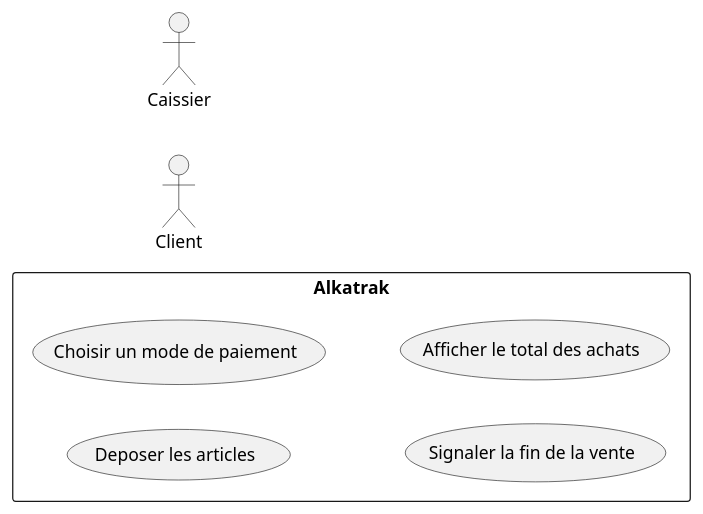
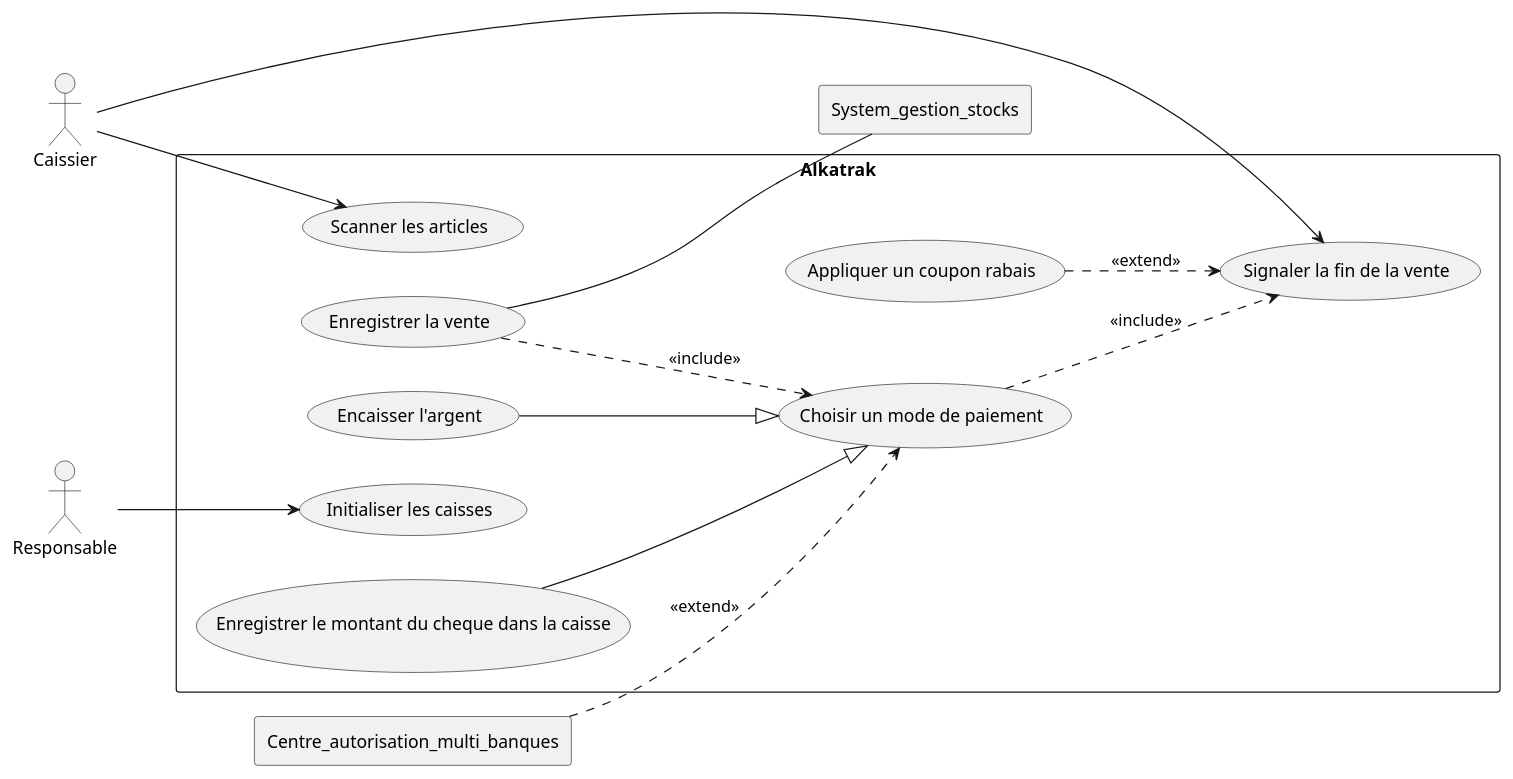
One commit to MonsieurClavett/1SY-AnalyseObjet changed the diagram in UML/Exercices01/question03.1.wsd. Above: the diagram before and after it, drawn with PlantUML. The commit also changed 1 other file, not shown here.

```diff
--- a/UML/Exercices01/question03.1.wsd
+++ b/UML/Exercices01/question03.1.wsd
@@ -1,18 +1,42 @@
 @startuml
 left to right direction
 
-actor Client
 actor Caissier
+actor Responsable
+rectangle Centre_autorisation_multi_banques
+rectangle System_gestion_stocks
+
 
 rectangle "Alkatrak" {
-    usecase "Deposer les articles" as UC1
-    usecase "Scanner les articles" as UC1_2
+    usecase "Scanner les articles" as UC1
     usecase "Signaler la fin de la vente" as UC2
-    usecase "Choisir un mode de paiement" as UC1_2
+    usecase "Choisir un mode de paiement" as UC3
+    usecase "Encaisser l'argent" as UC4
+    usecase "Enregistrer le montant du cheque dans la caisse" as UC5
+    usecase "Appliquer un coupon rabais" as UC6
+    usecase "Initialiser les caisses" as UC7
+    usecase "Enregistrer la vente" as UC8
 
-    usecase "Signaler la fin de la vente" as UC2
-    usecase "Afficher le total des achats" as UC3
-    usecase "Choisir un mode de paiement" as UC1_2 
+
+
+
 }
 
+Caissier --> UC1
+Caissier --> UC2
+UC3 .-> UC2 : <<include>>
+UC4 --|> UC3 
+UC5 --|> UC3
+Centre_autorisation_multi_banques .-> UC3 : <<extend>>
+UC6 .-> UC2 : <<extend>>
+UC8 .-> UC3 : <<include>>
+UC8 -- System_gestion_stocks
+
+
+
+
+Responsable --> UC7
+
+
+
 @enduml
```
